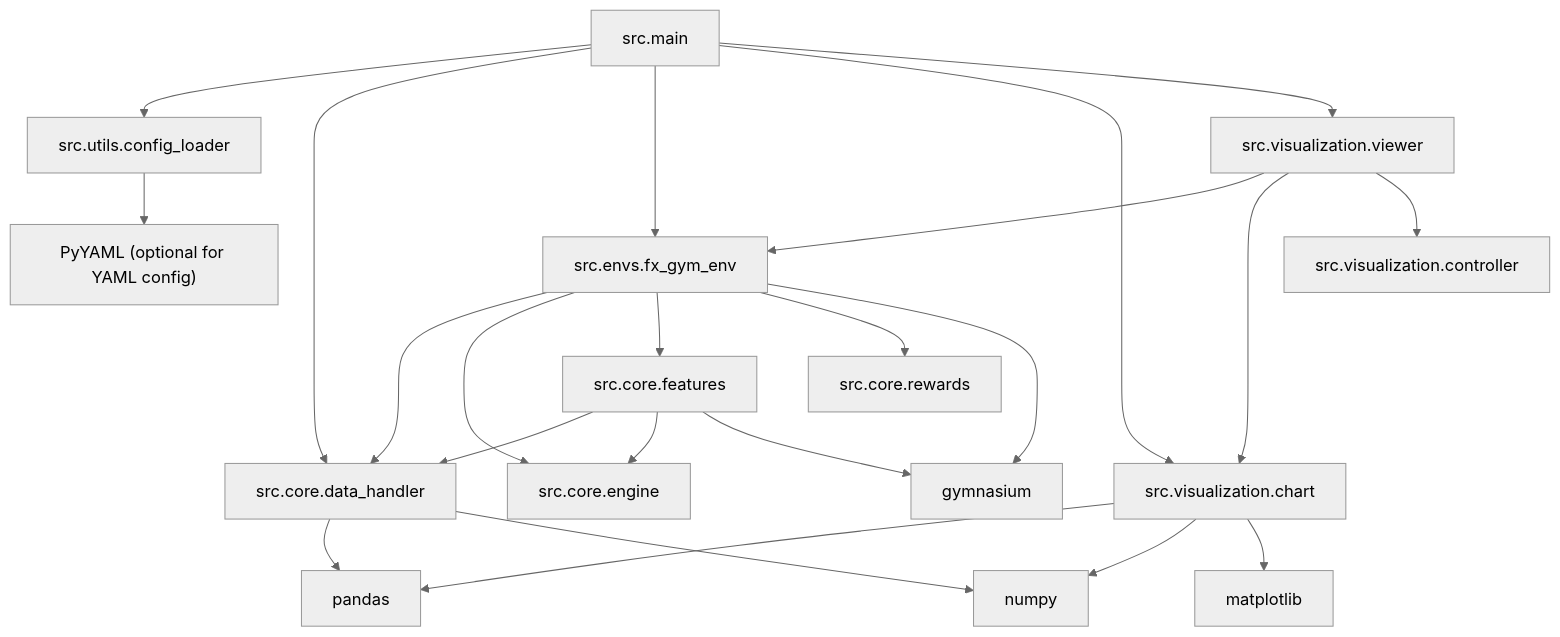
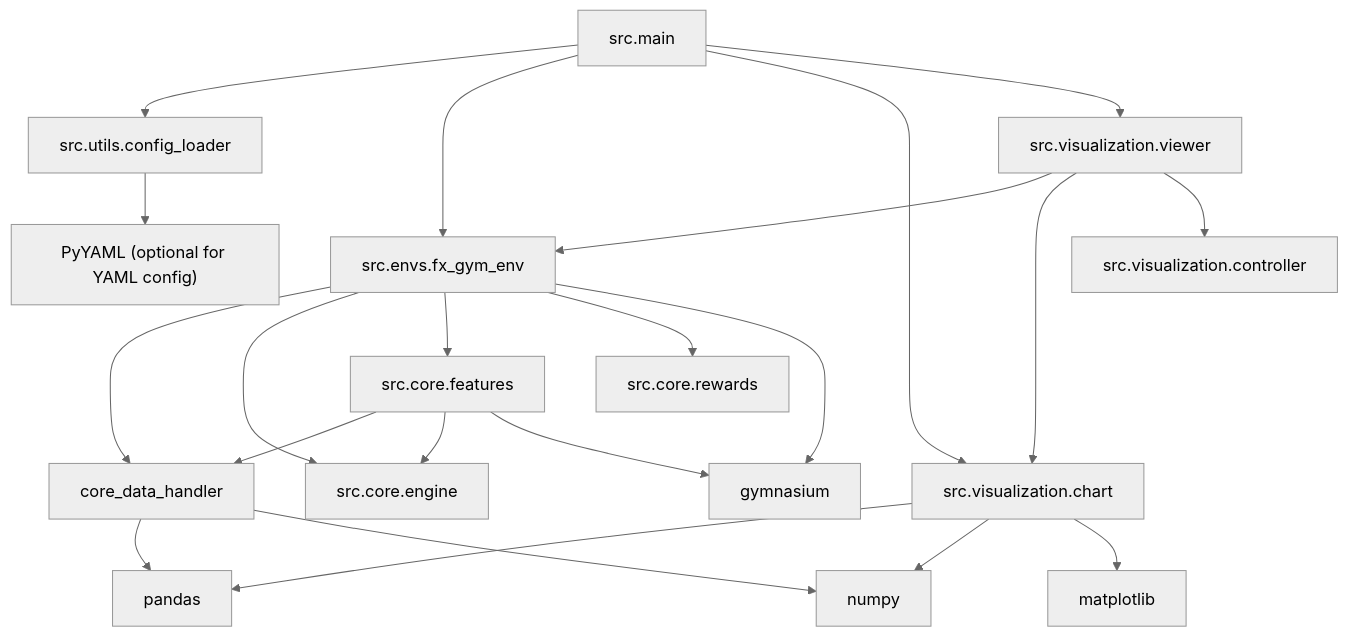
The diagram in docs/dependency.md (koretty/fx-trading-env), drawn with Mermaid (neutral theme) before and after one commit. The commit also changed 7 other files, not shown here.

````diff
--- a/docs/dependency.md
+++ b/docs/dependency.md
@@ -5,36 +5,35 @@
 ```mermaid
 graph TD
     main["src.main"] --> config_loader["src.utils.config_loader"]
-    main --> core_data_handler["src.core.data_handler"]
     main --> env_fx["src.envs.fx_gym_env"]
     main --> visualization_chart["src.visualization.chart"]
     main --> visualization_viewer["src.visualization.viewer"]
 
     env_fx --> core_data_handler
     env_fx --> core_engine["src.core.engine"]
     env_fx --> core_features["src.core.features"]
     env_fx --> core_rewards["src.core.rewards"]
 
     core_features --> core_data_handler
     core_features --> core_engine
 
     visualization_viewer --> env_fx
     visualization_viewer --> visualization_chart
     visualization_viewer --> visualization_controller["src.visualization.controller"]
 
     %% 補足: 外部ライブラリ
     gymnasium["gymnasium"]
     pandas["pandas"]
     matplotlib["matplotlib"]
     numpy["numpy"]
     pyyaml["PyYAML (optional for YAML config)"]
 
     env_fx --> gymnasium
     core_features --> gymnasium
     core_data_handler --> pandas
     core_data_handler --> numpy
     config_loader --> pyyaml
     visualization_chart --> pandas
     visualization_chart --> numpy
     visualization_chart --> matplotlib
 ```
````
